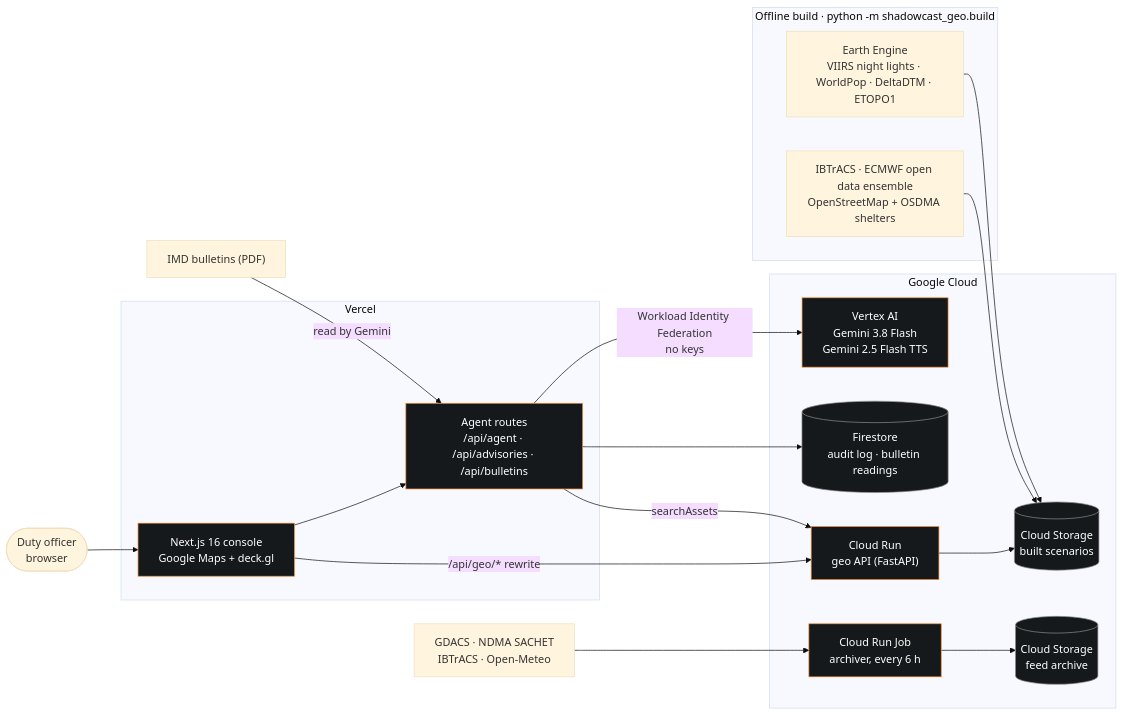
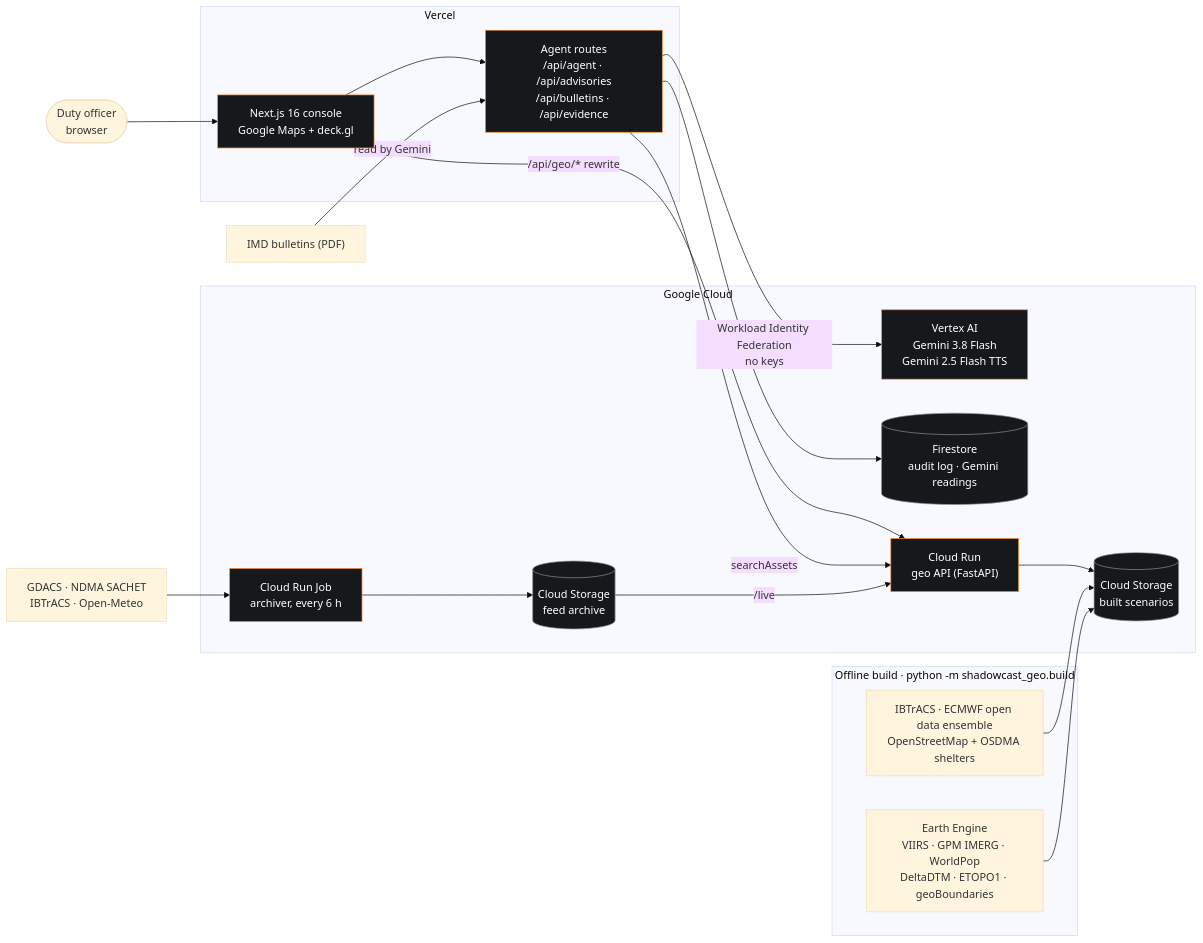
One commit to tsathya98/shadowcast changed the second of 2 diagrams in README.md. Above: the diagram before and after it, drawn with Mermaid (base theme). The commit also changed other lines of this file, not shown here.

Commit message:
README: rain vs GPM, parametric cover and basis risk, Gemini's satellite reading, live feed

````diff
--- a/README.md
+++ b/README.md
@@ -174,43 +192,44 @@
 ```mermaid
 flowchart LR
     user(["Duty officer<br/>browser"])
 
     subgraph vercel["Vercel"]
         web["Next.js 16 console<br/>Google Maps + deck.gl"]
-        routes["Agent routes<br/>/api/agent · /api/advisories · /api/bulletins"]
+        routes["Agent routes<br/>/api/agent · /api/advisories<br/>/api/bulletins · /api/evidence"]
     end
 
     subgraph gcp["Google Cloud"]
         vertex["Vertex AI<br/>Gemini 3.8 Flash<br/>Gemini 2.5 Flash TTS"]
-        fs[("Firestore<br/>audit log · bulletin readings")]
+        fs[("Firestore<br/>audit log · Gemini readings")]
         geo["Cloud Run<br/>geo API (FastAPI)"]
         gcs[("Cloud Storage<br/>built scenarios")]
         job["Cloud Run Job<br/>archiver, every 6 h"]
         archive[("Cloud Storage<br/>feed archive")]
     end
 
     subgraph offline["Offline build · python -m shadowcast_geo.build"]
         src["IBTrACS · ECMWF open data ensemble<br/>OpenStreetMap + OSDMA shelters"]
-        ee["Earth Engine<br/>VIIRS night lights · WorldPop · DeltaDTM · ETOPO1"]
+        ee["Earth Engine<br/>VIIRS · GPM IMERG · WorldPop<br/>DeltaDTM · ETOPO1 · geoBoundaries"]
     end
 
     feeds["GDACS · NDMA SACHET<br/>IBTrACS · Open-Meteo"]
     imd["IMD bulletins (PDF)"]
 
     user --> web
     web -->|"/api/geo/* rewrite"| geo
     web --> routes
     routes -->|"Workload Identity Federation<br/>no keys"| vertex
     routes --> fs
     routes -->|searchAssets| geo
     geo --> gcs
     src --> gcs
     ee --> gcs
     feeds --> job --> archive
+    archive -->|"/live"| geo
     imd -->|"read by Gemini"| routes
 
     classDef accent fill:#16191c,stroke:#F28A2E,color:#ffffff
     classDef store fill:#16191c,stroke:#8F8E86,color:#ffffff
     class web,routes,geo,job,vertex accent
     class fs,gcs,archive store
 ```
````
